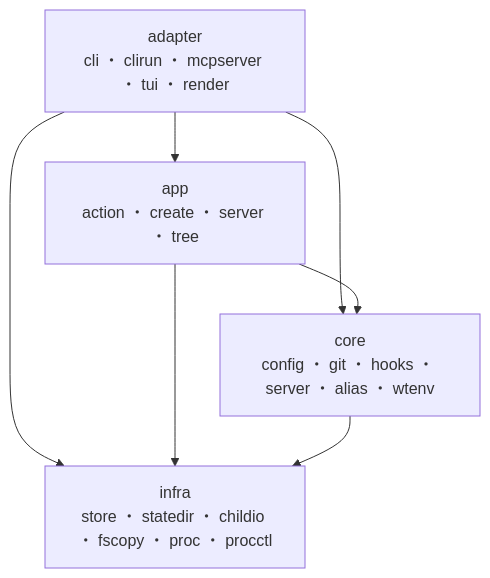
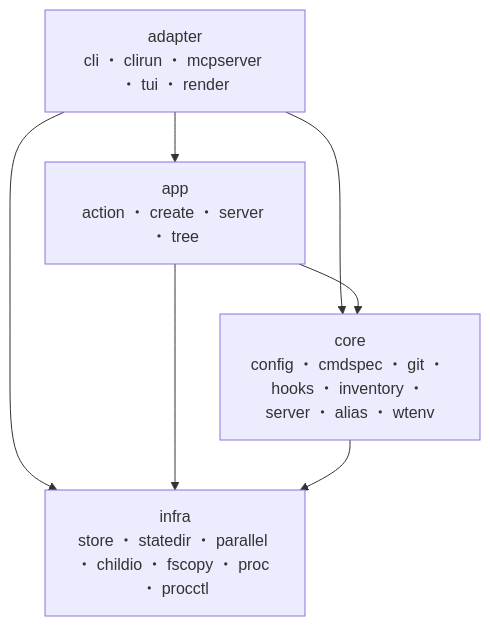
The diagram in docs/architecture.md (vimrak-hal/worktree-integrator), drawn with Mermaid before and after one commit. The commit also changed other lines of this file, not shown here.

````diff
--- a/docs/architecture.md
+++ b/docs/architecture.md
@@ -14,13 +14,13 @@
 ```mermaid
 flowchart TB
     adapter["adapter\ncli ・ clirun ・ mcpserver ・ tui ・ render"]
     app["app\naction ・ create ・ server ・ tree"]
-    core["core\nconfig ・ git ・ hooks ・ server ・ alias ・ wtenv"]
-    infra["infra\nstore ・ statedir ・ childio ・ fscopy ・ proc ・ procctl"]
+    core["core\nconfig ・ cmdspec ・ git ・ hooks ・ inventory ・ server ・ alias ・ wtenv"]
+    infra["infra\nstore ・ statedir ・ parallel ・ childio ・ fscopy ・ proc ・ procctl"]
     adapter --> app
     adapter --> core
     adapter --> infra
     app --> core
     app --> infra
     core --> infra
 ```
````
